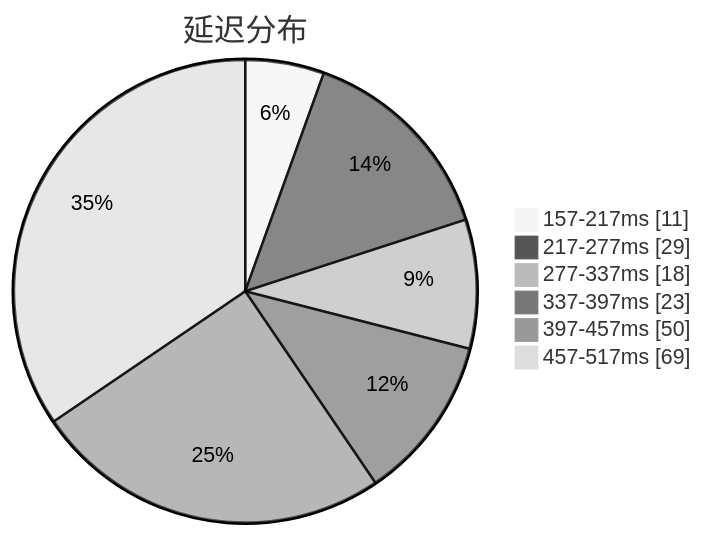
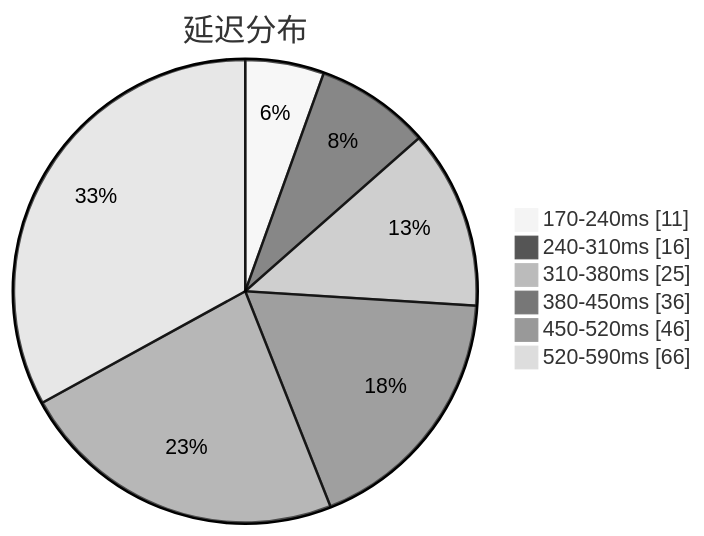
One commit to qjlxg/airport changed the first of 3 diagrams in subs/statistics/tested_within.md. Above: the diagram before and after it, drawn with Mermaid (neutral theme). The commit also changed other lines of this file and 2 other files, not shown here.

````diff
--- a/subs/statistics/tested_within.md
+++ b/subs/statistics/tested_within.md
@@ -2,10 +2,10 @@
 ```mermaid
 pie showData
 title 延迟分布
-"157-217ms" : 11
-"217-277ms" : 29
-"277-337ms" : 18
-"337-397ms" : 23
-"397-457ms" : 50
-"457-517ms" : 69
+"170-240ms" : 11
+"240-310ms" : 16
+"310-380ms" : 25
+"380-450ms" : 36
+"450-520ms" : 46
+"520-590ms" : 66
 ```
````
